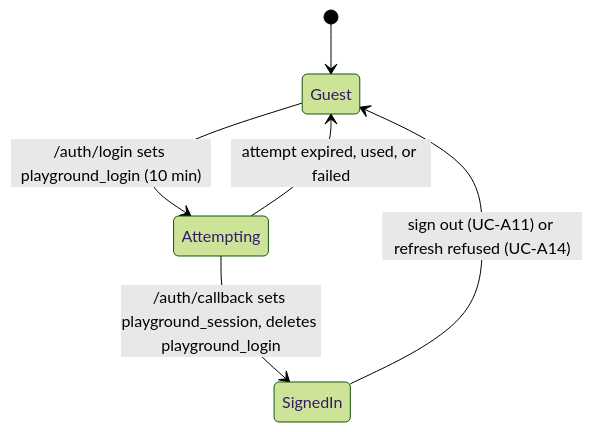
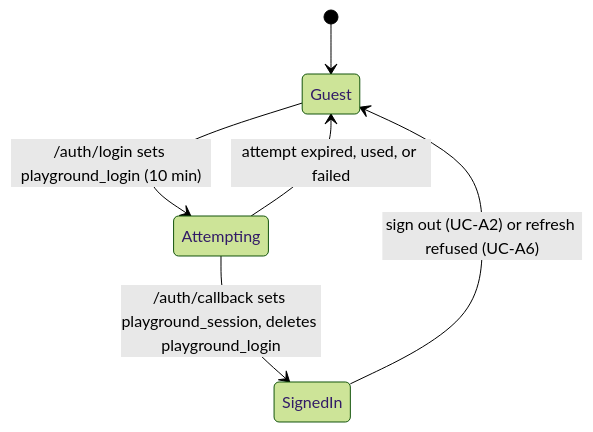
One commit to Thommans-Playground/playground-keycloak changed the tenth of 24 diagrams in docs/AUTH-STUDY-GUIDE.md. Above: the diagram before and after it, drawn with Mermaid (forest theme). The commit also changed other lines of this file and 42 other files, not shown here.

````diff
--- a/docs/AUTH-STUDY-GUIDE.md
+++ b/docs/AUTH-STUDY-GUIDE.md
@@ -358,8 +358,8 @@
 ```mermaid
 stateDiagram-v2
     [*] --> Guest
     Guest --> Attempting: /auth/login sets playground_login (10 min)
     Attempting --> SignedIn: /auth/callback sets playground_session, deletes playground_login
     Attempting --> Guest: attempt expired, used, or failed
-    SignedIn --> Guest: sign out (UC-A11) or refresh refused (UC-A14)
+    SignedIn --> Guest: sign out (UC-A2) or refresh refused (UC-A6)
 ```
````
